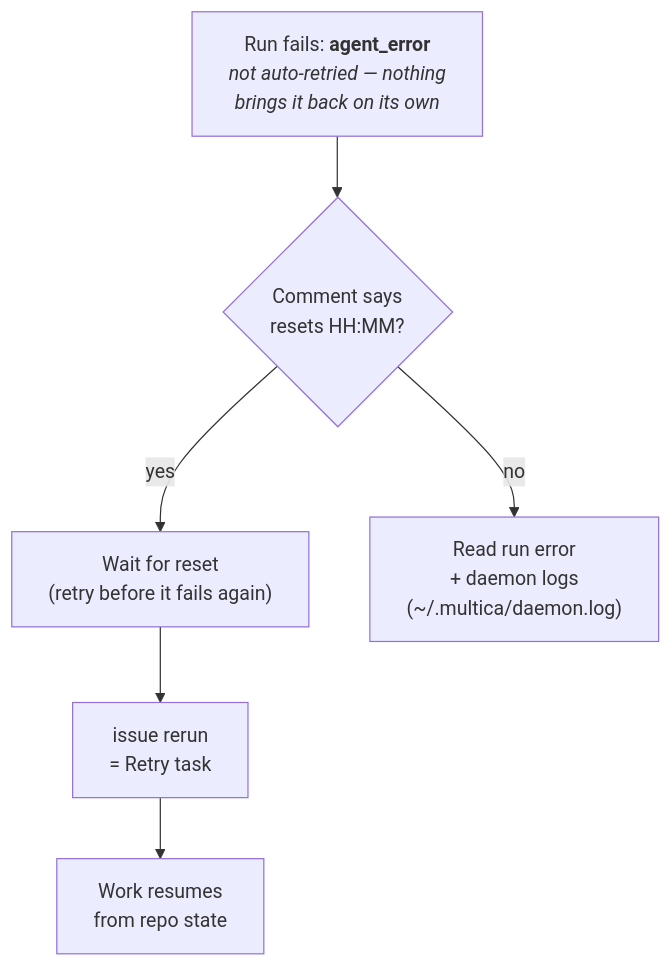
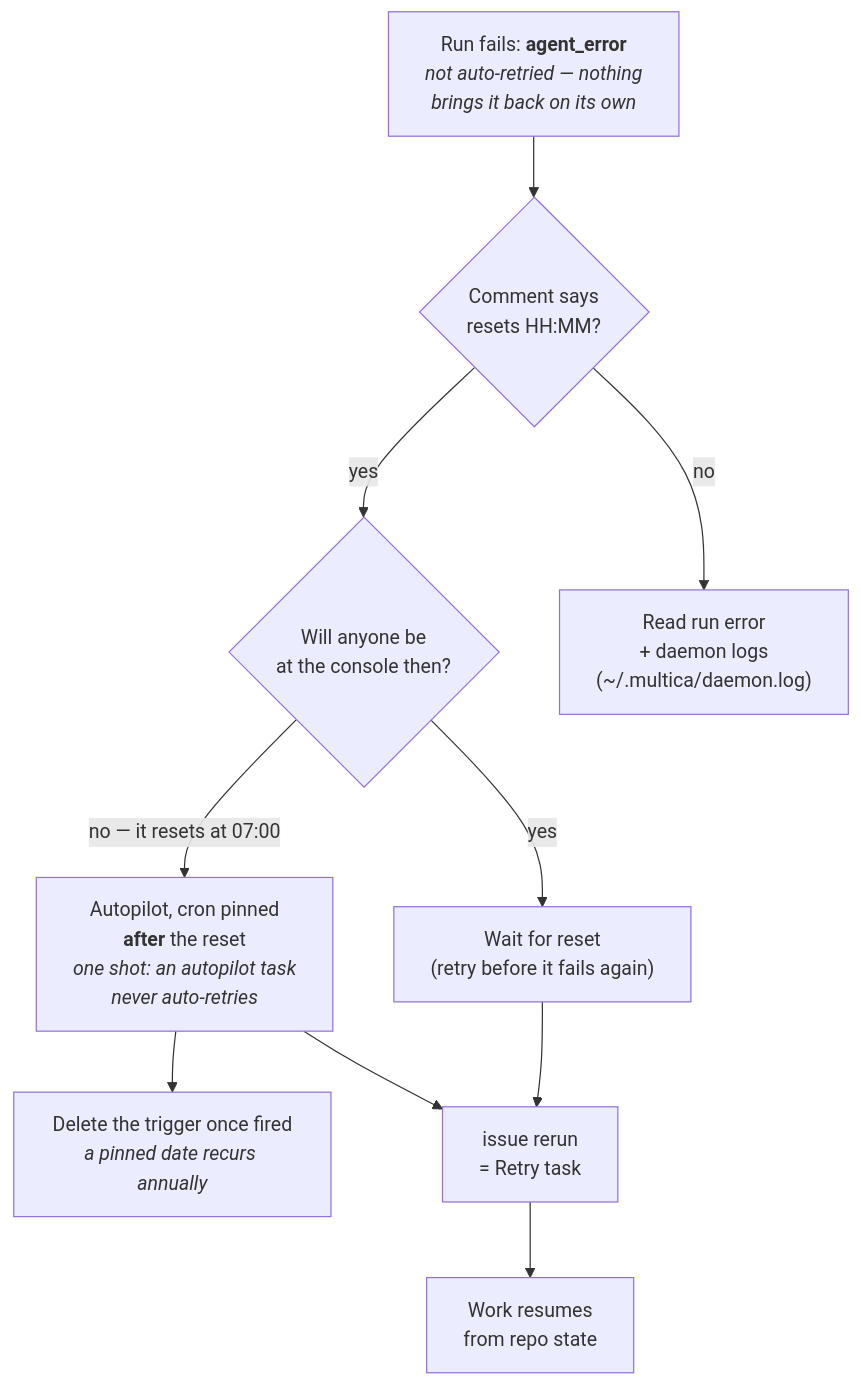
The sixth of 8 diagrams in WORKFLOW.md (jamillazarev/multica-ops), drawn with Mermaid before and after one commit. The commit also changed other lines of this file and 4 other files, not shown here.

````diff
--- a/WORKFLOW.md
+++ b/WORKFLOW.md
@@ -114,8 +114,12 @@
 ```mermaid
 flowchart TD
     RUN["Run fails: <b>agent_error</b><br/><i>not auto-retried — nothing<br/>brings it back on its own</i>"] --> CHK{"Comment says<br/>resets HH:MM?"}
-    CHK -->|yes| WAIT["Wait for reset<br/>(retry before it fails again)"]
+    CHK -->|yes| WHO{"Will anyone be<br/>at the console then?"}
+    WHO -->|yes| WAIT["Wait for reset<br/>(retry before it fails again)"]
+    WHO -->|"no — it resets at 07:00"| SCHED["Autopilot, cron pinned<br/><b>after</b> the reset<br/><i>one shot: an autopilot task<br/>never auto-retries</i>"]
+    SCHED --> DEL["Delete the trigger once fired<br/><i>a pinned date recurs annually</i>"]
     WAIT --> RERUN["issue rerun<br/>= Retry task"]
+    SCHED --> RERUN
     CHK -->|no| DIAG["Read run error<br/>+ daemon logs<br/>(~/.multica/daemon.log)"]
     RERUN --> OK["Work resumes<br/>from repo state"]
 ```
````
